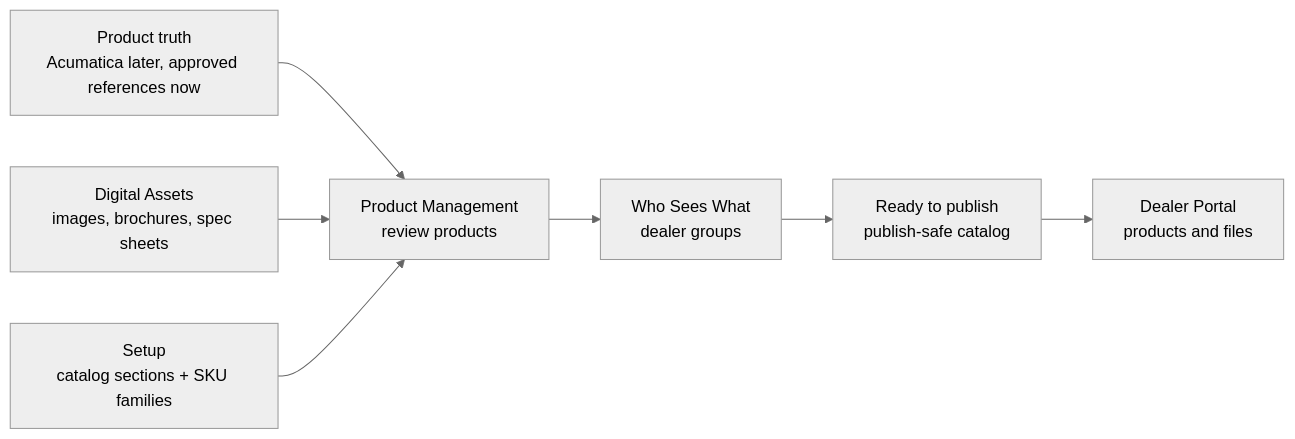
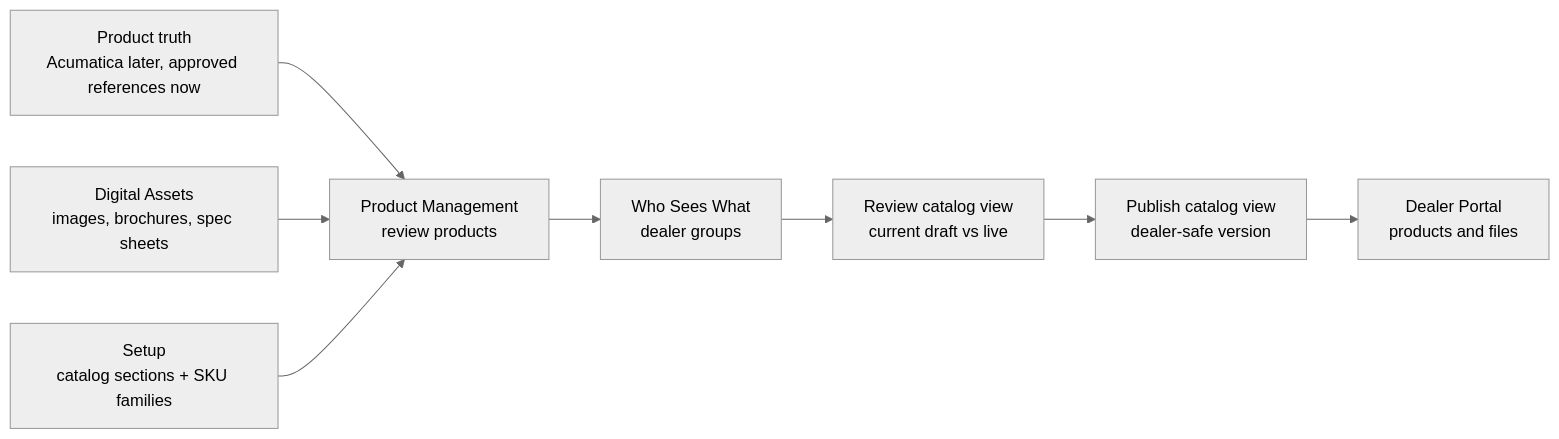
The first of 8 diagrams in docs/PRODUCT_MANAGEMENT_END_TO_END_PRD_2026-05-01.md (ahmadhassan91/dynamic-aqs-pulse-platform), drawn with Mermaid (neutral theme) before and after one commit. The commit also changed other lines of this file and 7 other files, not shown here.

````diff
--- a/docs/PRODUCT_MANAGEMENT_END_TO_END_PRD_2026-05-01.md
+++ b/docs/PRODUCT_MANAGEMENT_END_TO_END_PRD_2026-05-01.md
@@ -35,9 +35,10 @@
 ```mermaid
 flowchart LR
     A["Product truth<br/>Acumatica later, approved references now"] --> B["Product Management<br/>review products"]
     C["Digital Assets<br/>images, brochures, spec sheets"] --> B
     D["Setup<br/>catalog sections + SKU families"] --> B
     B --> E["Who Sees What<br/>dealer groups"]
-    E --> F["Ready to publish<br/>publish-safe catalog"]
-    F --> G["Dealer Portal<br/>products and files"]
+    E --> F["Review catalog view<br/>current draft vs live"]
+    F --> G["Publish catalog view<br/>dealer-safe version"]
+    G --> H["Dealer Portal<br/>products and files"]
 ```
````
